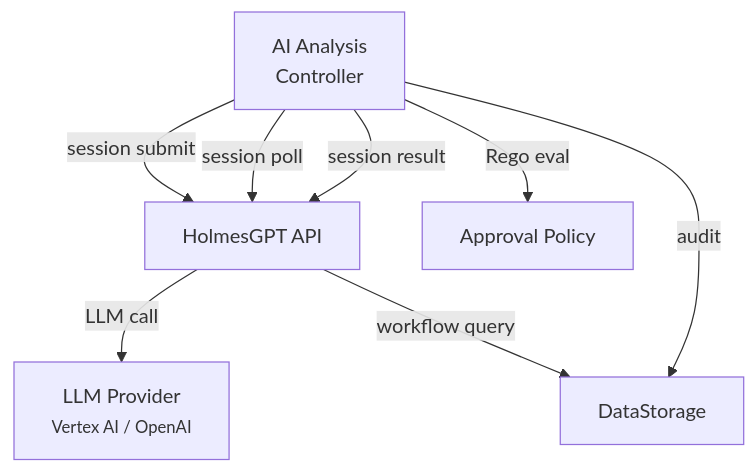
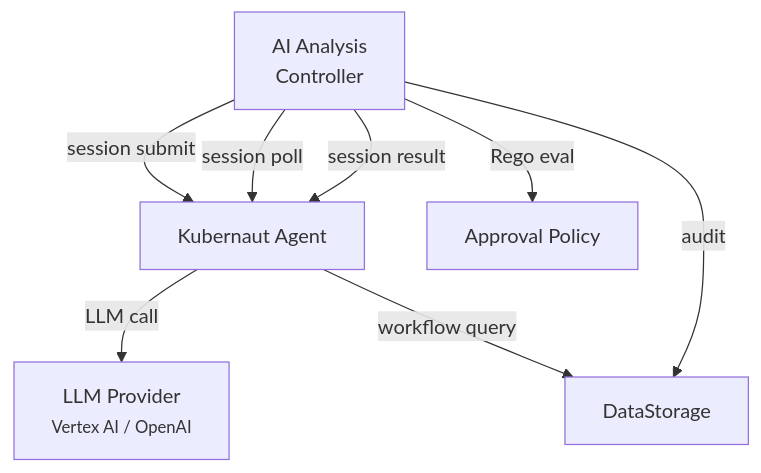
The first of 2 diagrams in docs/architecture/ai-analysis.md (jordigilh/kubernaut-docs), drawn with Mermaid before and after one commit. The commit also changed other lines of this file and 58 other files, not shown here.

````diff
--- a/docs/architecture/ai-analysis.md
+++ b/docs/architecture/ai-analysis.md
@@ -10,10 +10,10 @@
 ```mermaid
 graph TB
-    AA[AI Analysis<br/>Controller] -->|session submit| HAPI[HolmesGPT API]
-    AA -->|session poll| HAPI
-    AA -->|session result| HAPI
-    HAPI -->|LLM call| LLM[LLM Provider<br/><small>Vertex AI / OpenAI</small>]
-    HAPI -->|workflow query| DS[DataStorage]
+    AA[AI Analysis<br/>Controller] -->|session submit| KA[Kubernaut Agent]
+    AA -->|session poll| KA
+    AA -->|session result| KA
+    KA -->|LLM call| LLM[LLM Provider<br/><small>Vertex AI / OpenAI</small>]
+    KA -->|workflow query| DS[DataStorage]
     AA -->|Rego eval| REGO[Approval Policy]
     AA -->|audit| DS
 ```
````
